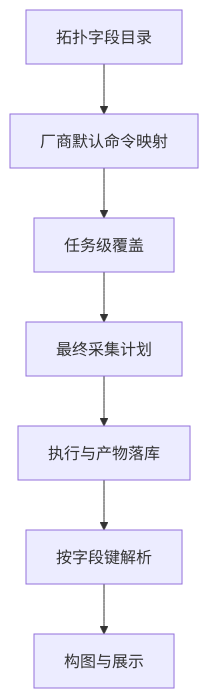
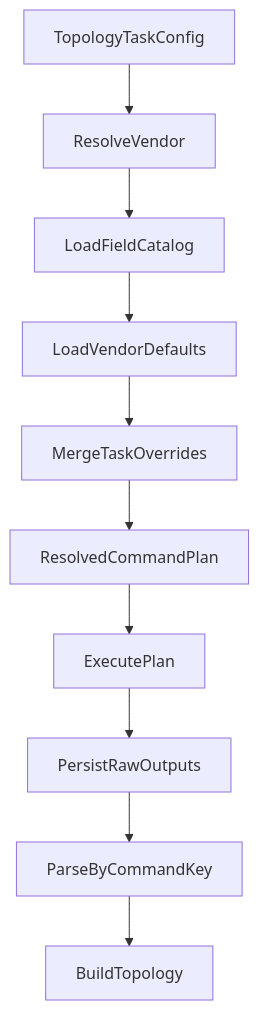
Before and after one commit to DeavorWei/NetWeaverGo: the second of 2 diagrams in docs/topology_command_customization_design.md, drawn with Mermaid. The commit also changed other lines of this file and 2 other files, not shown here.

````diff
--- a/docs/topology_command_customization_design.md
+++ b/docs/topology_command_customization_design.md
@@ -160,9 +560,12 @@
 ```mermaid
 flowchart TD
-  A[拓扑字段目录] --> B[厂商默认命令映射]
-  B --> C[任务级覆盖]
-  C --> D[最终采集计划]
-  D --> E[执行与产物落库]
-  E --> F[按字段键解析]
-  F --> G[构图与展示]
+  A[TopologyTaskConfig] --> B[ResolveVendor]
+  B --> C[LoadFieldCatalog]
+  C --> D[LoadVendorDefaults]
+  D --> E[MergeTaskOverrides]
+  E --> F[ResolvedCommandPlan]
+  F --> G[ExecutePlan]
+  G --> H[PersistRawOutputs]
+  H --> I[ParseByCommandKey]
+  I --> J[BuildTopology]
 ```
````
